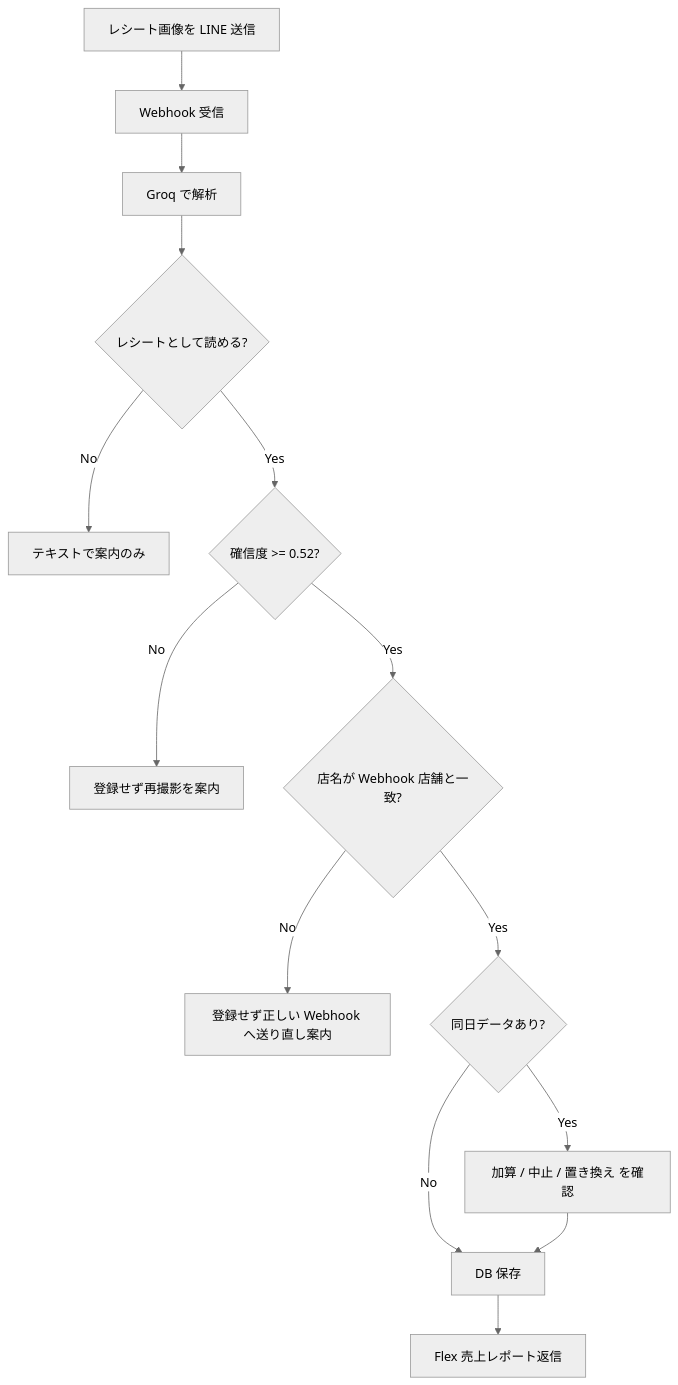
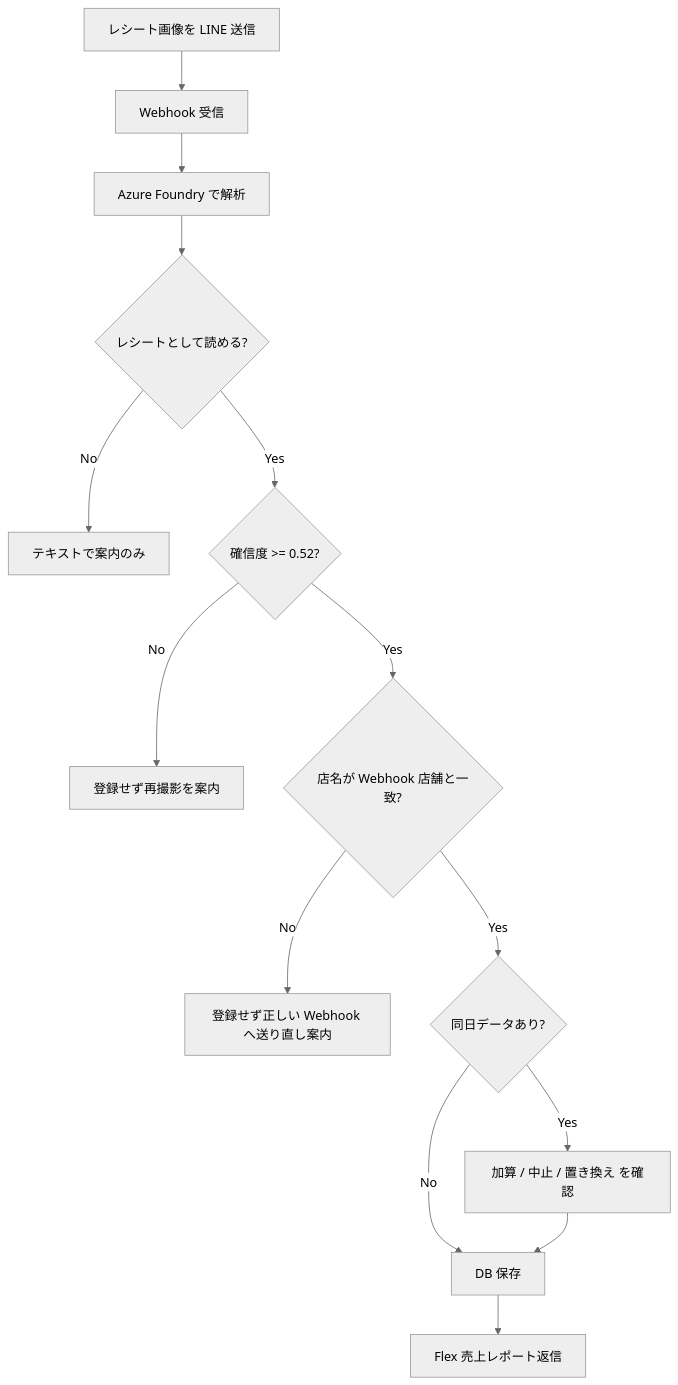
Before and after one commit to MARUGO-s/line_report: the diagram in docs/LINE-RECEIPT-ANALYSIS.md, drawn with Mermaid (neutral theme). The commit also changed other lines of this file and 2 other files, not shown here.

````diff
--- a/docs/LINE-RECEIPT-ANALYSIS.md
+++ b/docs/LINE-RECEIPT-ANALYSIS.md
@@ -122,16 +127,16 @@
 ```mermaid
 flowchart TD
   A[レシート画像を LINE 送信] --> B[Webhook 受信]
-  B --> C[Groq で解析]
+  B --> C[Azure Foundry で解析]
   C --> D{レシートとして読める?}
   D -->|No| E[テキストで案内のみ]
   D -->|Yes| F{確信度 >= 0.52?}
   F -->|No| G[登録せず再撮影を案内]
   F -->|Yes| H{店名が Webhook 店舗と一致?}
   H -->|No| I[登録せず正しい Webhook へ送り直し案内]
   H -->|Yes| J{同日データあり?}
   J -->|Yes| K[加算 / 中止 / 置き換え を確認]
   J -->|No| L[DB 保存]
   K --> L
   L --> M[Flex 売上レポート返信]
 ```
````
